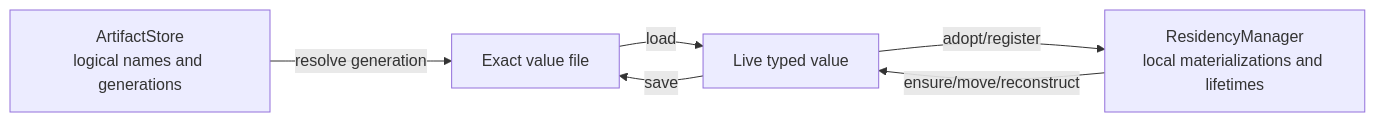
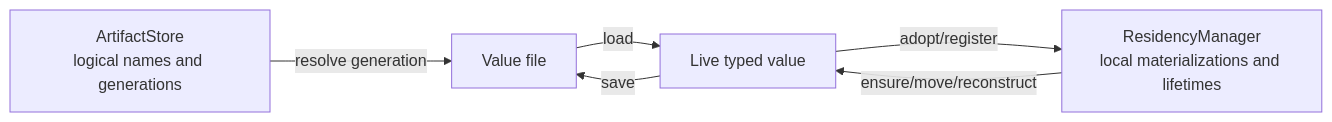
The fifth of 5 diagrams in docs/concepts/architecture/system-overview.md (visualDust/fhelium), drawn with Mermaid before and after one commit. The commit also changed other lines of this file and 222 other files, not shown here.

````diff
--- a/docs/concepts/architecture/system-overview.md
+++ b/docs/concepts/architecture/system-overview.md
@@ -217,13 +217,13 @@
 ```mermaid
 graph LR
-    FILE[Exact value file]
+    FILE[Value file]
     STORE[ArtifactStore<br/>logical names and generations]
     VALUE[Live typed value]
     RES[ResidencyManager<br/>local materializations and lifetimes]
 
     FILE -->|load| VALUE
     VALUE -->|save| FILE
     STORE -->|resolve generation| FILE
     VALUE -->|adopt/register| RES
     RES -->|ensure/move/reconstruct| VALUE
 ```
````
